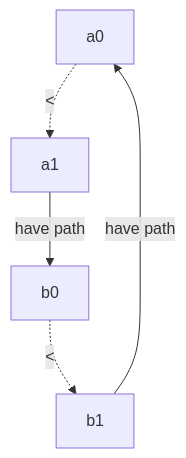
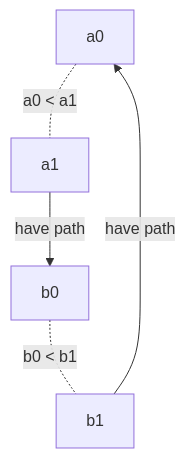
Before and after one commit to triccsr/triccsr.github.io: the second of 2 diagrams in source/_posts/ICPC2023网络赛第二场游寄.md, drawn with Mermaid. The commit also changed other lines of this file and 1 other file, not shown here.

````diff
--- a/source/_posts/ICPC2023网络赛第二场游寄.md
+++ b/source/_posts/ICPC2023网络赛第二场游寄.md
@@ -69,7 +79,7 @@
 ```mermaid
 graph TD;
-a0-.->|<|a1;
-b0-.->|<|b1;
+a0-.-| a0 < a1 |a1;
+b0-.-| b0 < b1 |b1;
 b1-->|have path|a0;
 a1-->|have path|b0;
 ```
````
